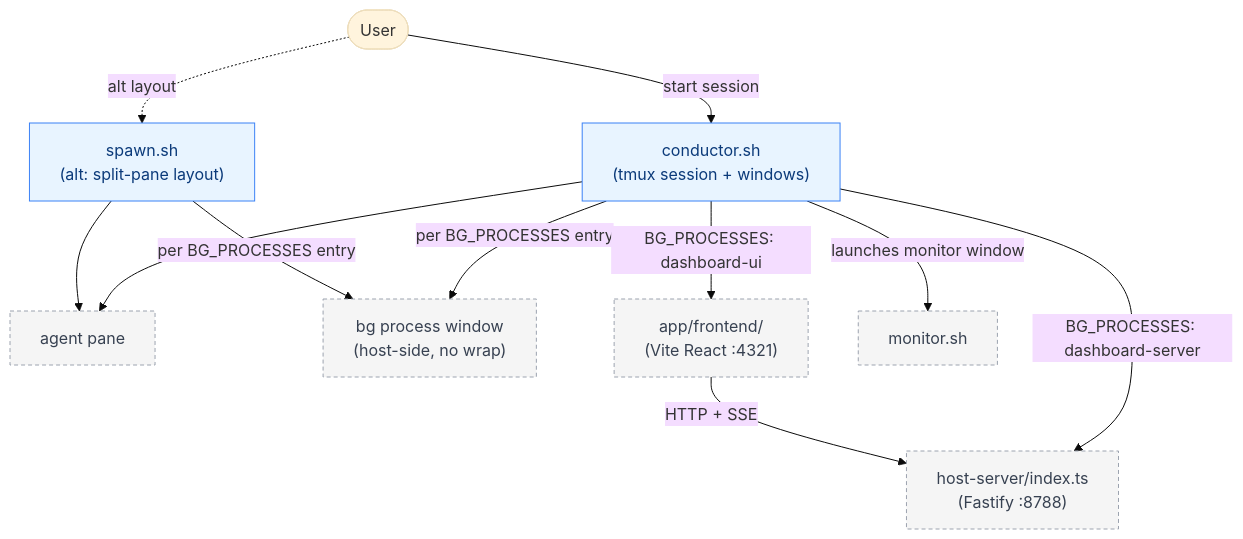
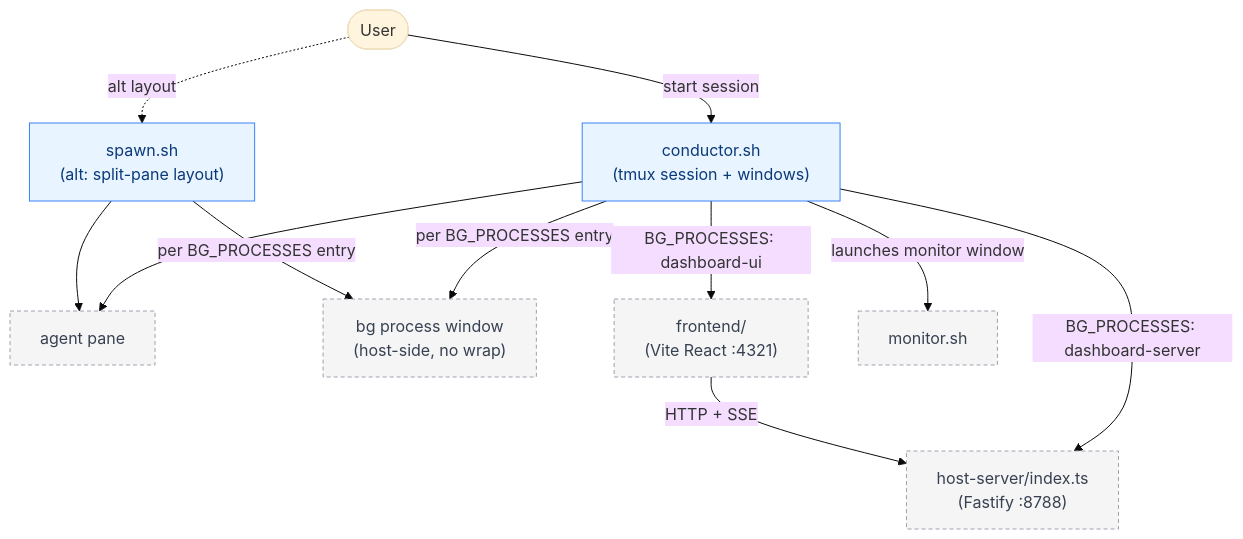
The first of 3 diagrams in scripts/README.md (codewizard-dt/tmux-conductor), drawn with Mermaid (base theme) before and after one commit. The commit also changed other lines of this file and 121 other files, not shown here.

Commit message:
[major] Simplify to local-only architecture: remove daemon, app services, deployment configs; move frontend to root; bump host-server@3.0.0, frontend@2.0.0

````diff
--- a/scripts/README.md
+++ b/scripts/README.md
@@ -13,26 +13,26 @@
 ```mermaid
 flowchart TD
   User([User])
   Conductor["conductor.sh<br/>(tmux session + windows)"]
   Spawn["spawn.sh<br/>(alt: split-pane layout)"]
   Pane["agent pane"]:::ext
   BgPane["bg process window<br/>(host-side, no wrap)"]:::ext
   DashServer["host-server/index.ts<br/>(Fastify :8788)"]:::ext
-  DashUI["app/frontend/<br/>(Vite React :4321)"]:::ext
+  DashUI["frontend/<br/>(Vite React :4321)"]:::ext
   Monitor["monitor.sh"]:::ext
 
   User -->|"start session"| Conductor
   User -.->|"alt layout"| Spawn
   Conductor --> Pane
   Spawn --> Pane
   Conductor -->|"per BG_PROCESSES entry"| BgPane
   Spawn -->|"per BG_PROCESSES entry"| BgPane
   Conductor -->|"BG_PROCESSES: dashboard-server"| DashServer
   Conductor -->|"BG_PROCESSES: dashboard-ui"| DashUI
   DashUI -->|"HTTP + SSE"| DashServer
   Conductor -->|"launches monitor window"| Monitor
 
   classDef own fill:#e8f4ff,stroke:#3b82f6,color:#0b3a7a
   classDef ext fill:#f5f5f5,stroke:#9ca3af,color:#374151,stroke-dasharray:4 3
   class Conductor,Spawn own
 ```
````
